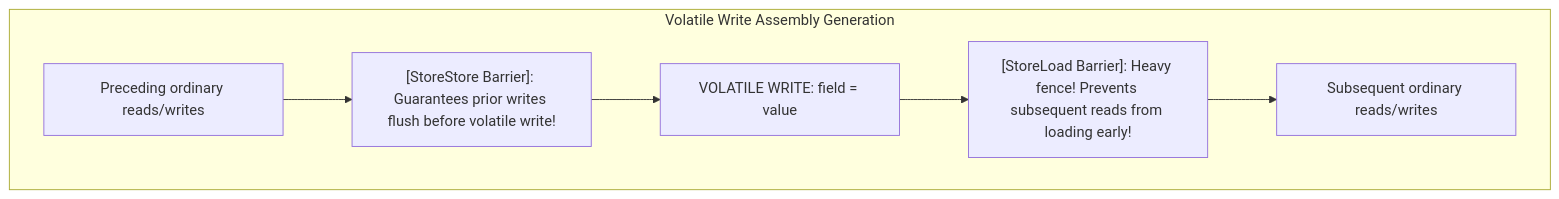
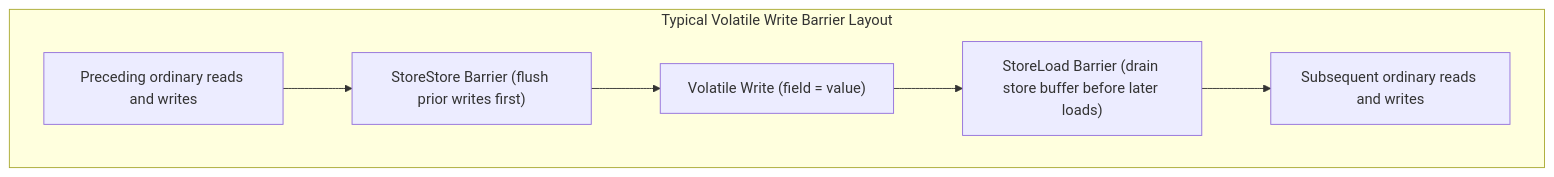
Before and after one commit to ravishankar2463/java_hub: the second of 4 diagrams in content/roadmap/level-5/the-java-memory-model-jmm.md, drawn with Mermaid. The commit also changed other lines of this file and 119 other files, not shown here.

Commit message:
feat: add comprehensive java learning roadmap content across multiple levels

````diff
--- a/content/roadmap/level-5/the-java-memory-model-jmm.md
+++ b/content/roadmap/level-5/the-java-memory-model-jmm.md
@@ -188,12 +173,12 @@
 ```mermaid
 flowchart TD
-    subgraph VolatileWritePipeline ["Volatile Write Assembly Generation"]
-        Op1["Preceding ordinary reads/writes"]
-        B1["[StoreStore Barrier]: Guarantees prior writes flush before volatile write!"]
-        VW["VOLATILE WRITE: field = value"]
-        B2["[StoreLoad Barrier]: Heavy fence! Prevents subsequent reads from loading early!"]
-        Op2["Subsequent ordinary reads/writes"]
+    subgraph VolatileWrite["Typical Volatile Write Barrier Layout"]
+        Op1["Preceding ordinary reads and writes"]
+        B1["StoreStore Barrier (flush prior writes first)"]
+        VW["Volatile Write (field = value)"]
+        B2["StoreLoad Barrier (drain store buffer before later loads)"]
+        Op2["Subsequent ordinary reads and writes"]
 
         Op1 --> B1 --> VW --> B2 --> Op2
     end
 ```
````
